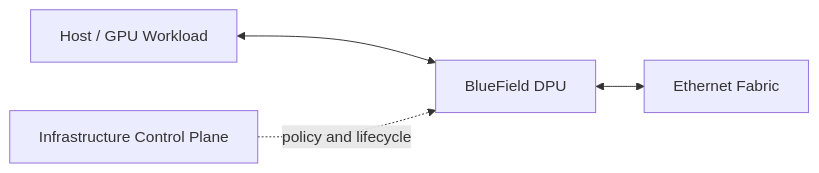
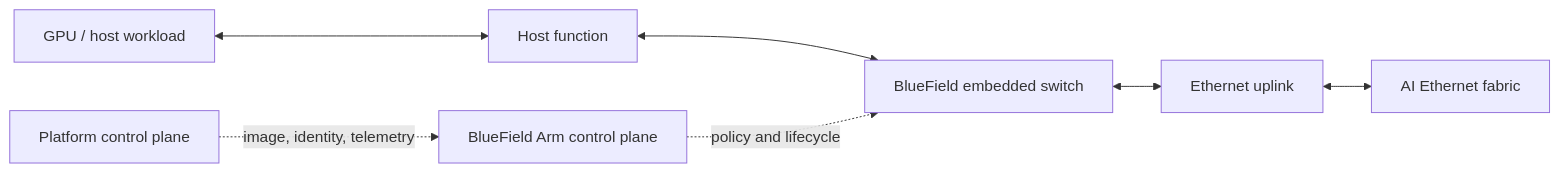
Before and after one commit to jithinpnjm/nvidia-devops: the first of 3 diagrams in docs/nvidia-zero-to-hero/volume-09/chapter-09-bluefield-dpus-and-doca.md, drawn with Mermaid. The commit also changed other lines of this file and 2 other files, not shown here.

Commit message:
docs: deepen Volume 09 platform chapters

````diff
--- a/docs/nvidia-zero-to-hero/volume-09/chapter-09-bluefield-dpus-and-doca.md
+++ b/docs/nvidia-zero-to-hero/volume-09/chapter-09-bluefield-dpus-and-doca.md
@@ -18,9 +41,9 @@
 ```mermaid
 flowchart LR
-    Tenant[Host / GPU Workload]
-    DPU[BlueField DPU]
-    Fabric[Ethernet Fabric]
-    Control[Infrastructure Control Plane]
-    Tenant <--> DPU <--> Fabric
-    Control -. policy and lifecycle .-> DPU
+    W[GPU / host workload] <--> H[Host function]
+    H <--> ESW[BlueField embedded switch]
+    ESW <--> U[Ethernet uplink]
+    ARM[BlueField Arm control plane] -. policy and lifecycle .-> ESW
+    U <--> F[AI Ethernet fabric]
+    CP[Platform control plane] -. image, identity, telemetry .-> ARM
 ```
````
